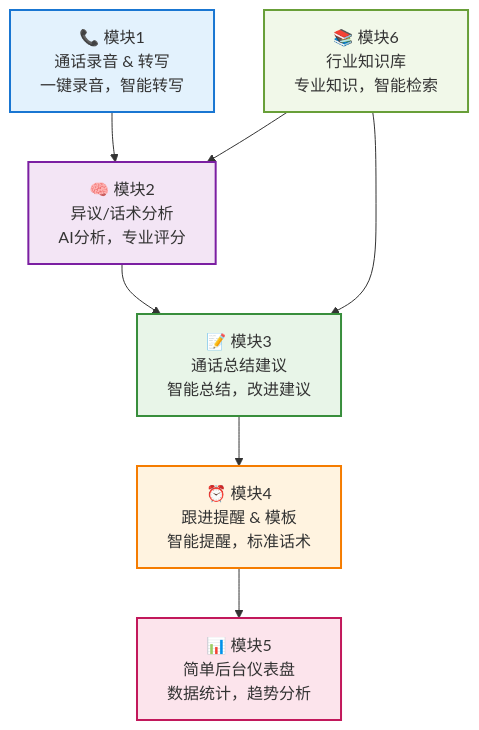
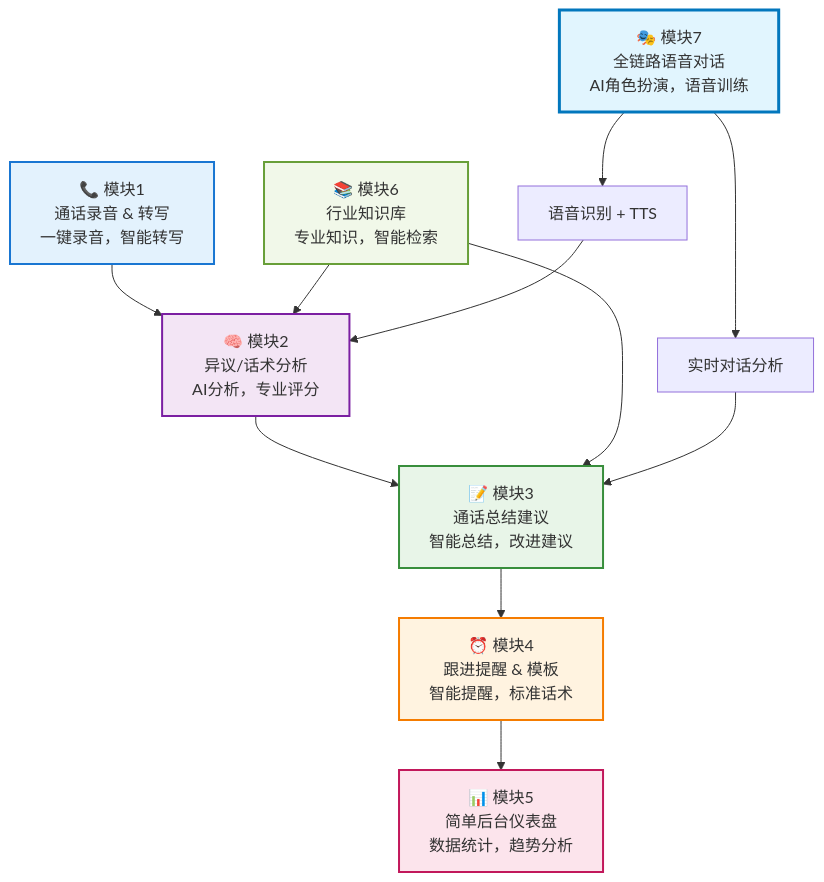
The fifth of 8 diagrams in docs/10-mvp-design.md (franksunye/CallWise-AI), drawn with Mermaid before and after one commit. The commit also changed other lines of this file and 1 other file, not shown here.

````diff
--- a/docs/10-mvp-design.md
+++ b/docs/10-mvp-design.md
@@ -107,17 +107,23 @@
 ```mermaid
 graph TD
     A[📞 模块1<br/>通话录音 & 转写<br/>一键录音，智能转写] --> B[🧠 模块2<br/>异议/话术分析<br/>AI分析，专业评分]
     B --> C[📝 模块3<br/>通话总结建议<br/>智能总结，改进建议]
     C --> D[⏰ 模块4<br/>跟进提醒 & 模板<br/>智能提醒，标准话术]
     D --> E[📊 模块5<br/>简单后台仪表盘<br/>数据统计，趋势分析]
 
     F[📚 模块6<br/>行业知识库<br/>专业知识，智能检索] --> B
     F --> C
 
+    G[🎭 模块7<br/>全链路语音对话<br/>AI角色扮演，语音训练] --> H[语音识别 + TTS]
+    G --> I[实时对话分析]
+    H --> B
+    I --> C
+
     style A fill:#e3f2fd,stroke:#1976d2,stroke-width:2px
     style B fill:#f3e5f5,stroke:#7b1fa2,stroke-width:2px
     style C fill:#e8f5e8,stroke:#388e3c,stroke-width:2px
     style D fill:#fff3e0,stroke:#f57c00,stroke-width:2px
     style E fill:#fce4ec,stroke:#c2185b,stroke-width:2px
     style F fill:#f1f8e9,stroke:#689f38,stroke-width:2px
+    style G fill:#e1f5fe,stroke:#0277bd,stroke-width:3px
 ```
````
